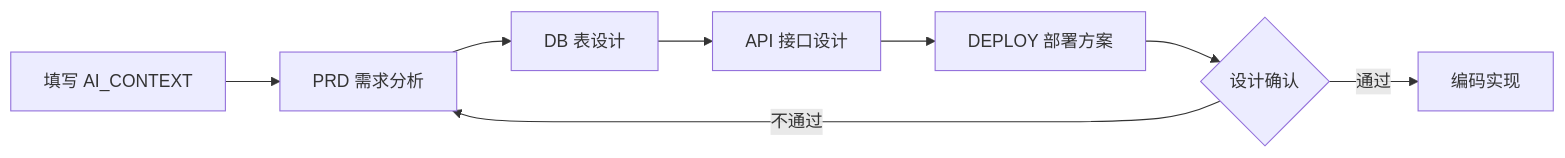
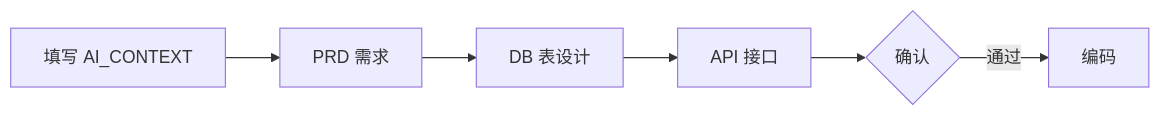
Before and after one commit to bannerhuihui-use/ai-project-template: the diagram in README.md, drawn with Mermaid. The commit also changed other lines of this file and 242 other files, not shown here.

````diff
--- a/README.md
+++ b/README.md
@@ -74,10 +66,8 @@
 ```mermaid
 flowchart LR
-    A[填写 AI_CONTEXT] --> B[PRD 需求分析]
+    A[填写 AI_CONTEXT] --> B[PRD 需求]
     B --> C[DB 表设计]
-    C --> D[API 接口设计]
-    D --> E[DEPLOY 部署方案]
-    E --> F{设计确认}
-    F -->|通过| G[编码实现]
-    F -->|不通过| B
+    C --> D[API 接口]
+    D --> E{确认}
+    E -->|通过| F[编码]
 ```
````
